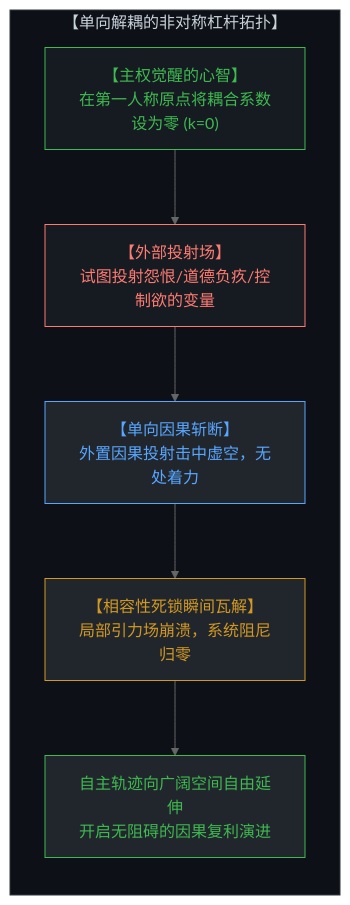
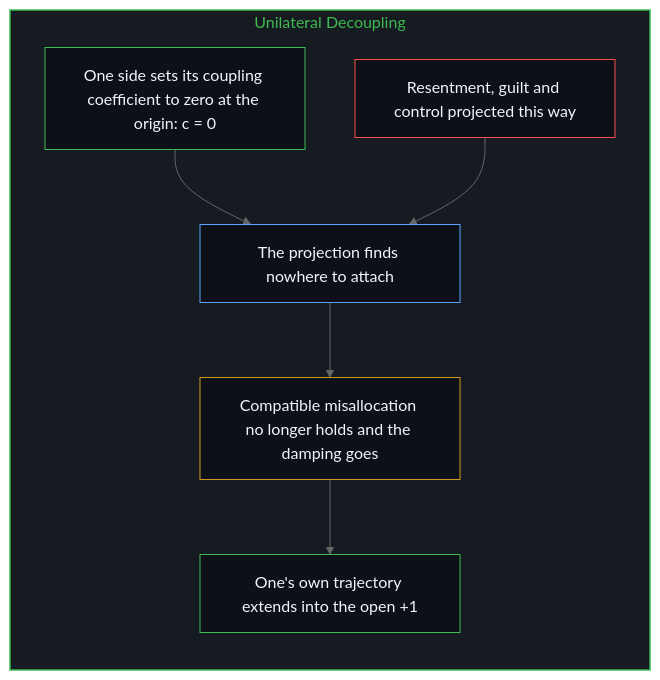
Diagram 12 of 12 in content/posts/the-power-law-of-surrendered-agency.md (powerpig99/not-a-toe), drawn with Mermaid (neutral theme) before and after one commit. The commit also changed other lines of this file and 2 other files, not shown here.

Commit message:
Refine the-power-law-of-surrendered-agency: alternating bilingual layout, six paired diagrams, implicit first person

````diff
--- a/content/posts/the-power-law-of-surrendered-agency.md
+++ b/content/posts/the-power-law-of-surrendered-agency.md
@@ -297,21 +340,22 @@
 ```mermaid
-graph TD
-    subgraph UnilateralDecoupling["【单向解耦的非对称杠杆拓扑】"]
+flowchart TD
+    subgraph S_Decouple["Unilateral Decoupling"]
         direction TB
-        MindOne["【主权觉醒的心智】<br>在第一人称原点将耦合系数设为零 (k=0)"]
-        MindTwo["【外部投射场】<br>试图投射怨恨/道德负疚/控制欲的变量"]
-        SovereignCut["【单向因果斩断】<br>外置因果投射击中虚空，无处着力"]
-        LoopCollapse["【相容性死锁瞬间瓦解】<br>局部引力场崩溃，系统阻尼归零"]
-        AutonomousTrajectory["自主轨迹向广阔空间自由延伸<br>开启无阻碍的因果复利演进"]
-        MindOne --> MindTwo
-        MindTwo --> SovereignCut
-        SovereignCut --> LoopCollapse
-        LoopCollapse --> AutonomousTrajectory
+        Zero["One side sets its coupling coefficient to zero at the origin: c = 0"]
+        Projected["Resentment, guilt and control projected this way"]
+        Miss["The projection finds nowhere to attach"]
+        Collapse["Compatible misallocation no longer holds and the damping goes"]
+        Path["One's own trajectory extends into the open +1"]
+        Zero --> Miss
+        Projected --> Miss
+        Miss --> Collapse
+        Collapse --> Path
     end
-    style UnilateralDecoupling fill:#0d1117,stroke:#30363d,stroke-width:1px,color:#c9d1d9
-    style MindOne fill:#161b22,stroke:#3fb950,stroke-width:1px,color:#3fb950
-    style MindTwo fill:#161b22,stroke:#ff7b72,stroke-width:1px,color:#ff7b72
-    style SovereignCut fill:#21262d,stroke:#58a6ff,color:#58a6ff
-    style LoopCollapse fill:#21262d,stroke:#d29922,color:#d29922
-    style AutonomousTrajectory fill:#21262d,stroke:#3fb950,color:#3fb950
+
+    style S_Decouple fill:#161b22,stroke:#3fb950,stroke-width:1.5px,color:#3fb950
+    style Zero fill:#0d1117,stroke:#3fb950,stroke-width:1px,color:#f0f6fc
+    style Projected fill:#0d1117,stroke:#f85149,stroke-width:1px,color:#f0f6fc
+    style Miss fill:#0d1117,stroke:#58a6ff,stroke-width:1px,color:#f0f6fc
+    style Collapse fill:#0d1117,stroke:#d29922,stroke-width:1px,color:#f0f6fc
+    style Path fill:#0d1117,stroke:#3fb950,stroke-width:1px,color:#f0f6fc
 ```
````
